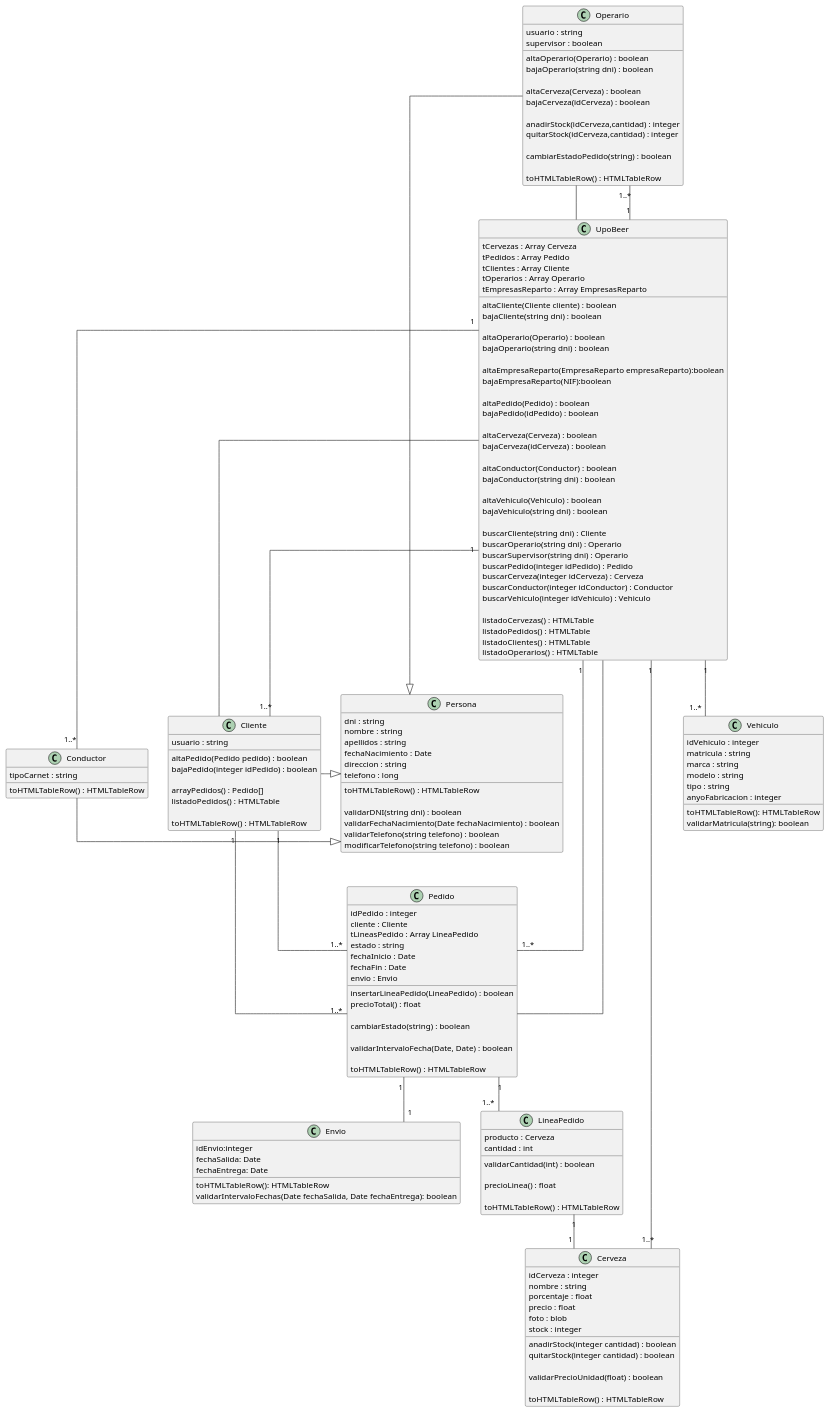
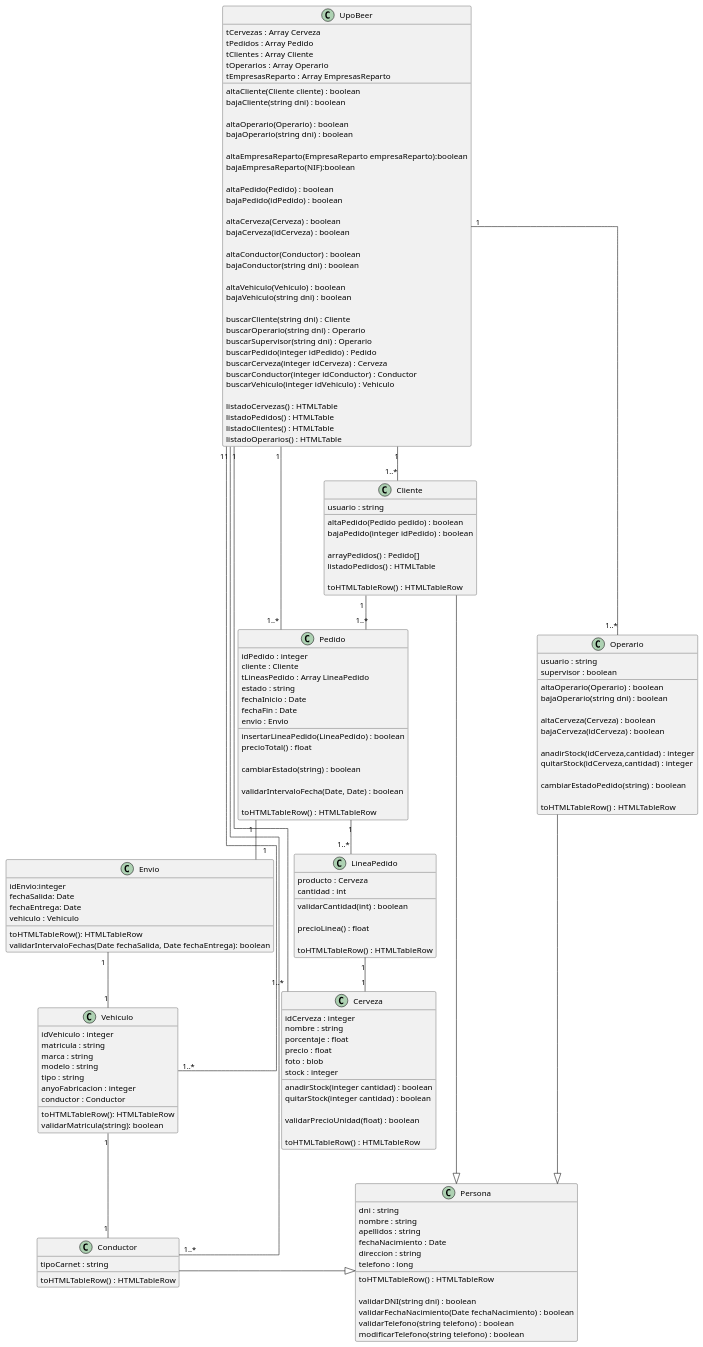
Before and after one commit to JavierMendezGomez/upobeer: the diagram in doc/diagrama_clases.plantuml, drawn with PlantUML. The commit also changed 1 other file, not shown here.

Commit message:
Actualizar diagrama, peinado final del modelo

```diff
--- a/doc/diagrama_clases.plantuml
+++ b/doc/diagrama_clases.plantuml
@@ -46,7 +46,7 @@
 	
 	toHTMLTableRow() : HTMLTableRow
 }
-Operario -- UpoBeer
+
 
 class Cliente {
 	'Campos'
@@ -60,7 +60,7 @@
 	
 	toHTMLTableRow() : HTMLTableRow
 }
-Cliente -- UpoBeer
+
 
 '''CERVEZAS'''
 class Cerveza{
@@ -102,7 +102,6 @@
 
 	toHTMLTableRow() : HTMLTableRow
 }
-Pedido -- UpoBeer
 Pedido "1" -- "1"Envio
 
 class LineaPedido{
@@ -181,10 +180,15 @@
 	idEnvio:integer
 	fechaSalida: Date
 	fechaEntrega: Date
-
+  vehiculo : Vehiculo
+  
 	toHTMLTableRow(): HTMLTableRow
 	validarIntervaloFechas(Date fechaSalida, Date fechaEntrega): boolean
 }
+'Un vehículo sólo puede tener un conductor'
+Vehiculo "1" -- "1" Conductor
+'Un envío sólo puede tener un vehículo'
+Envio "1" -- "1" Vehiculo
 
 class Vehiculo{
 	idVehiculo : integer
@@ -192,7 +196,8 @@
 	marca : string
 	modelo : string
 	tipo : string
-	anyoFabricacion : integer	
+	anyoFabricacion : integer
+  conductor : Conductor
 	
 	toHTMLTableRow(): HTMLTableRow
 	validarMatricula(string): boolean
@@ -215,8 +220,6 @@
 ''LineaPedido''
 'Una línea de pedido referencia a un solo tipo de cerveza'
 LineaPedido "1" -- "1" Cerveza
-'Varios pedidos pueden haber sido realizados por un cliente'
-Pedido "1..*" -- "1" Cliente
 'Un pedido es una lista de líneas'
 Pedido "1" -- "1..*" LineaPedido
 
```
